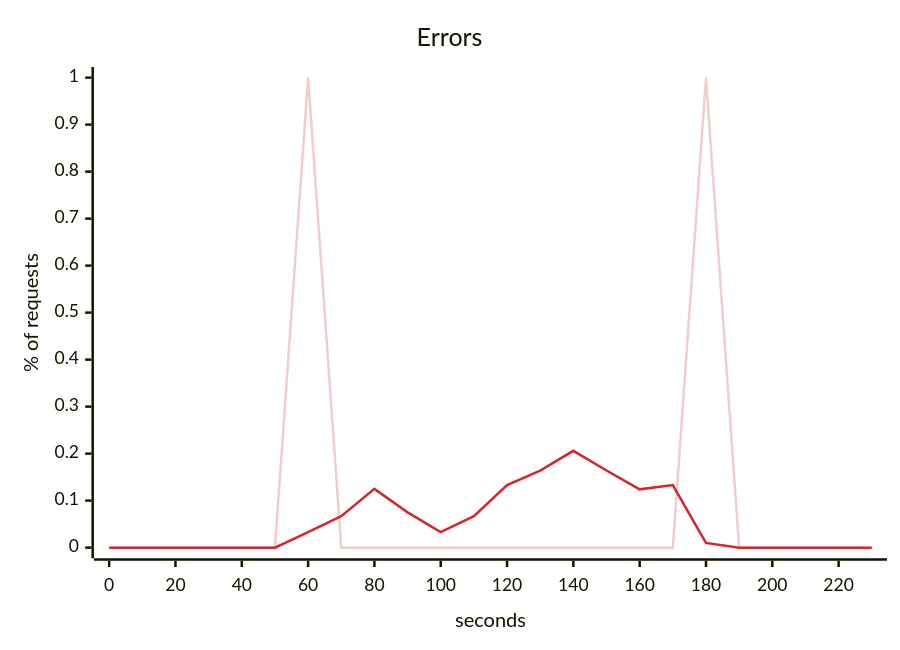
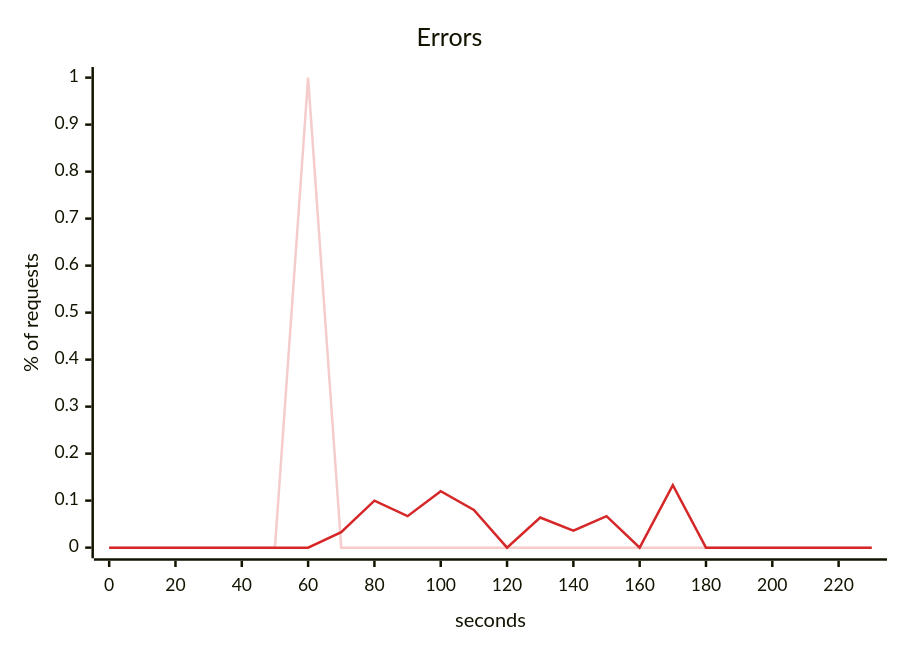
The fourth of 5 diagrams in scenarios/flaky-network/solutions/one-retry/report.md (akinfemi/load-lore), drawn with Mermaid before and after one commit. The commit also changed other lines of this file and 71 other files, not shown here.

````diff
--- a/scenarios/flaky-network/solutions/one-retry/report.md
+++ b/scenarios/flaky-network/solutions/one-retry/report.md
@@ -75,15 +75,15 @@
 ```mermaid
 ---
 config:
   themeVariables:
     xyChart:
       backgroundColor: "transparent"
       plotColorPalette: "#f4cccc, #d62728"
 ---
 xychart-beta
     title "Errors"
     x-axis "seconds" 0 --> 230
     y-axis "% of requests" 0 --> 1
-    line [0, 0, 0, 0, 0, 0, 1, 0, 0, 0, 0, 0, 0, 0, 0, 0, 0, 0, 1, 0, 0, 0, 0, 0]
-    line [0, 0, 0, 0, 0, 0, 0.033, 0.067, 0.125, 0.075, 0.033, 0.067, 0.133, 0.164, 0.206, 0.164, 0.124, 0.133, 0.01, 0, 0, 0, 0, 0]
+    line [0, 0, 0, 0, 0, 0, 1, 0, 0, 0, 0, 0, 0, 0, 0, 0, 0, 0, 0, 0, 0, 0, 0, 0]
+    line [0, 0, 0, 0, 0, 0, 0, 0.033, 0.1, 0.067, 0.12, 0.08, 0, 0.064, 0.036, 0.067, 0, 0.133, 0, 0, 0, 0, 0, 0]
 ```
````
